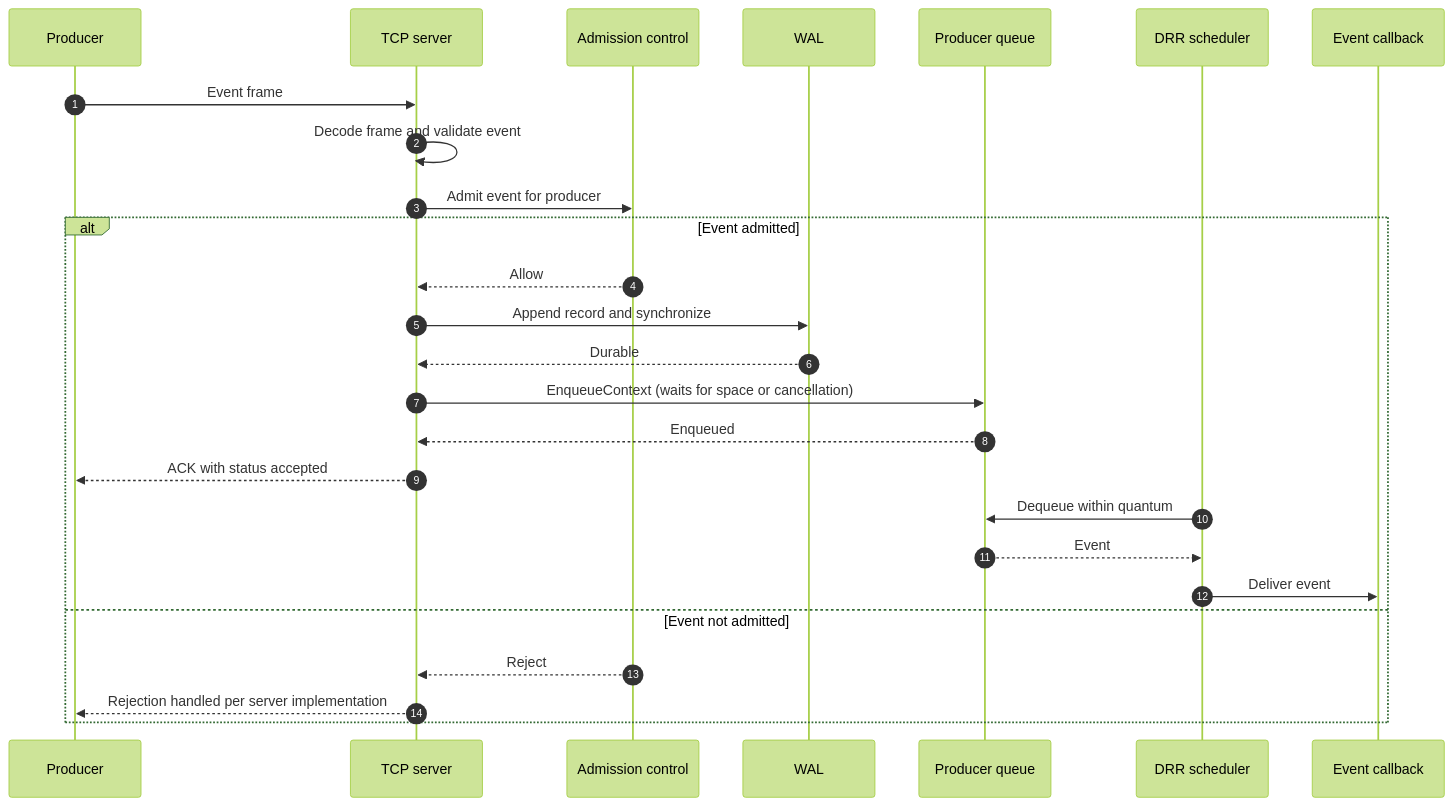
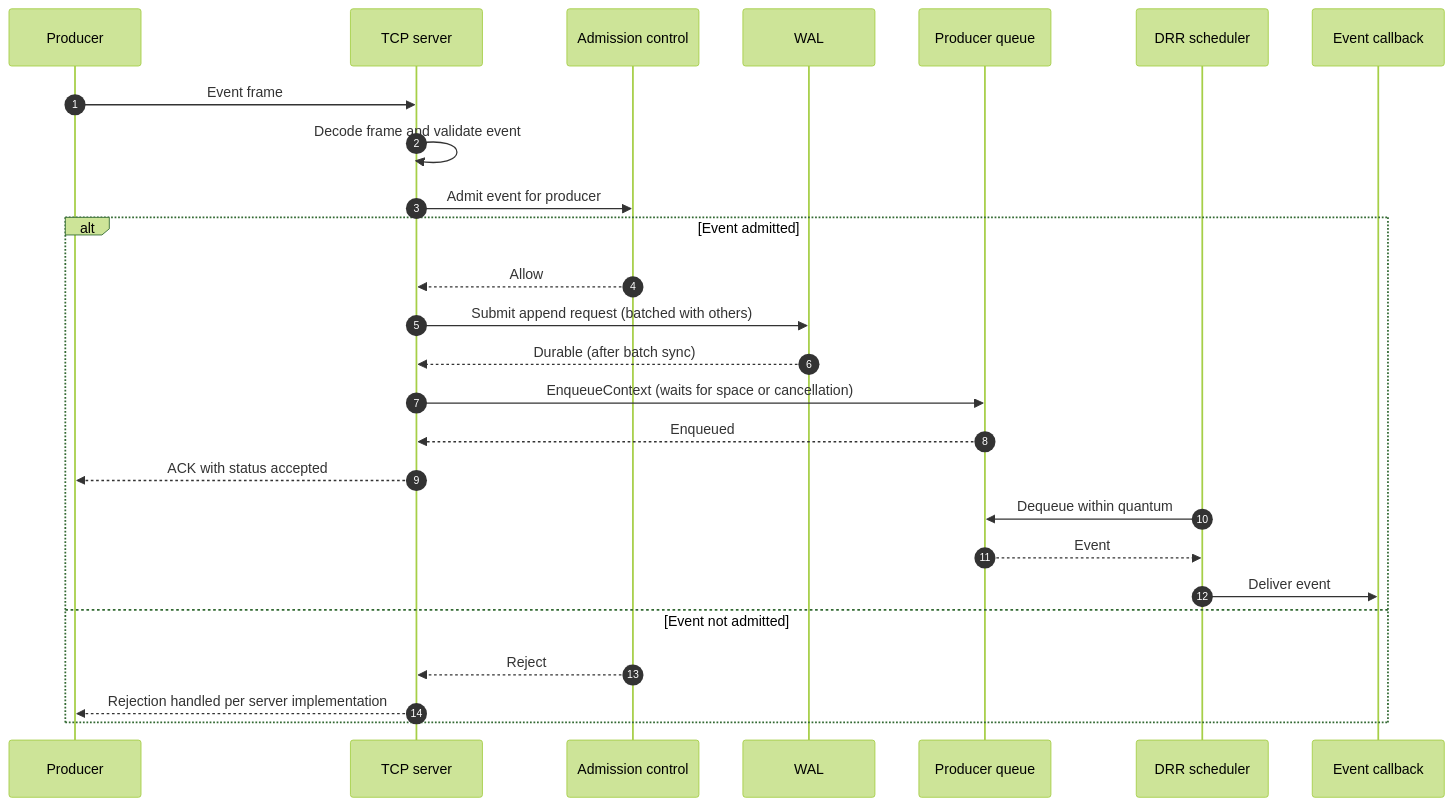
Before and after one commit to PratyushVishal11011/Fairgate: the third of 14 diagrams in README.md, drawn with Mermaid (forest theme). The commit also changed other lines of this file, not shown here.

````diff
--- a/README.md
+++ b/README.md
@@ -166,29 +187,29 @@
 ```mermaid
 sequenceDiagram
     autonumber
     participant P as Producer
     participant S as TCP server
     participant A as Admission control
     participant W as WAL
     participant Q as Producer queue
     participant D as DRR scheduler
     participant C as Event callback
 
     P->>S: Event frame
     S->>S: Decode frame and validate event
     S->>A: Admit event for producer
     alt Event admitted
         A-->>S: Allow
-        S->>W: Append record and synchronize
-        W-->>S: Durable
+        S->>W: Submit append request (batched with others)
+        W-->>S: Durable (after batch sync)
         S->>Q: EnqueueContext (waits for space or cancellation)
         Q-->>S: Enqueued
         S-->>P: ACK with status accepted
         D->>Q: Dequeue within quantum
         Q-->>D: Event
         D->>C: Deliver event
     else Event not admitted
         A-->>S: Reject
         S-->>P: Rejection handled per server implementation
     end
 ```
````
